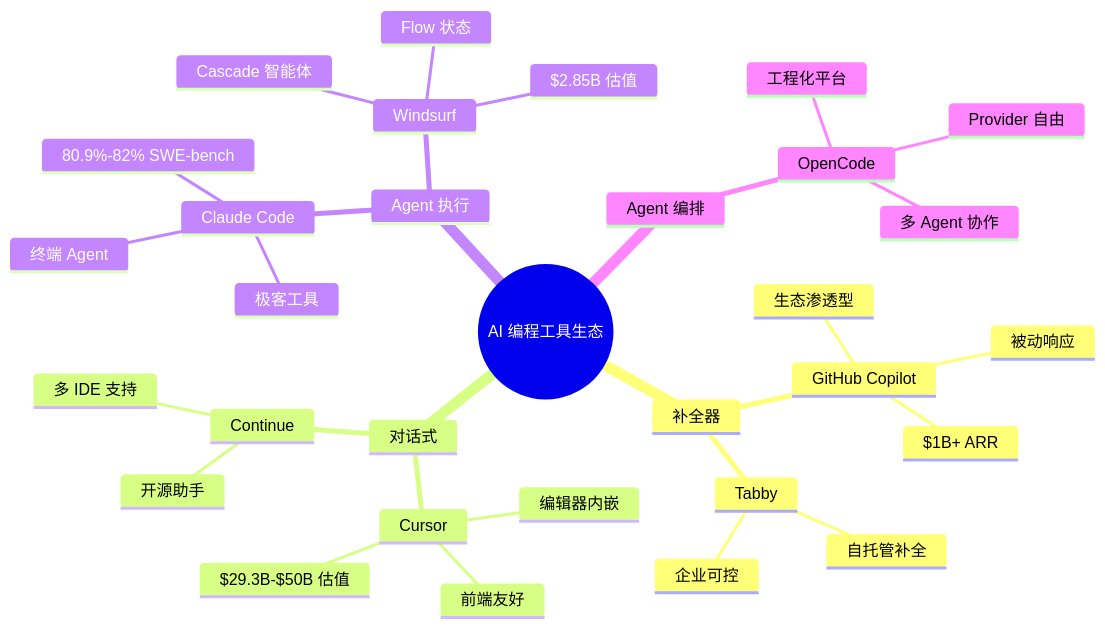
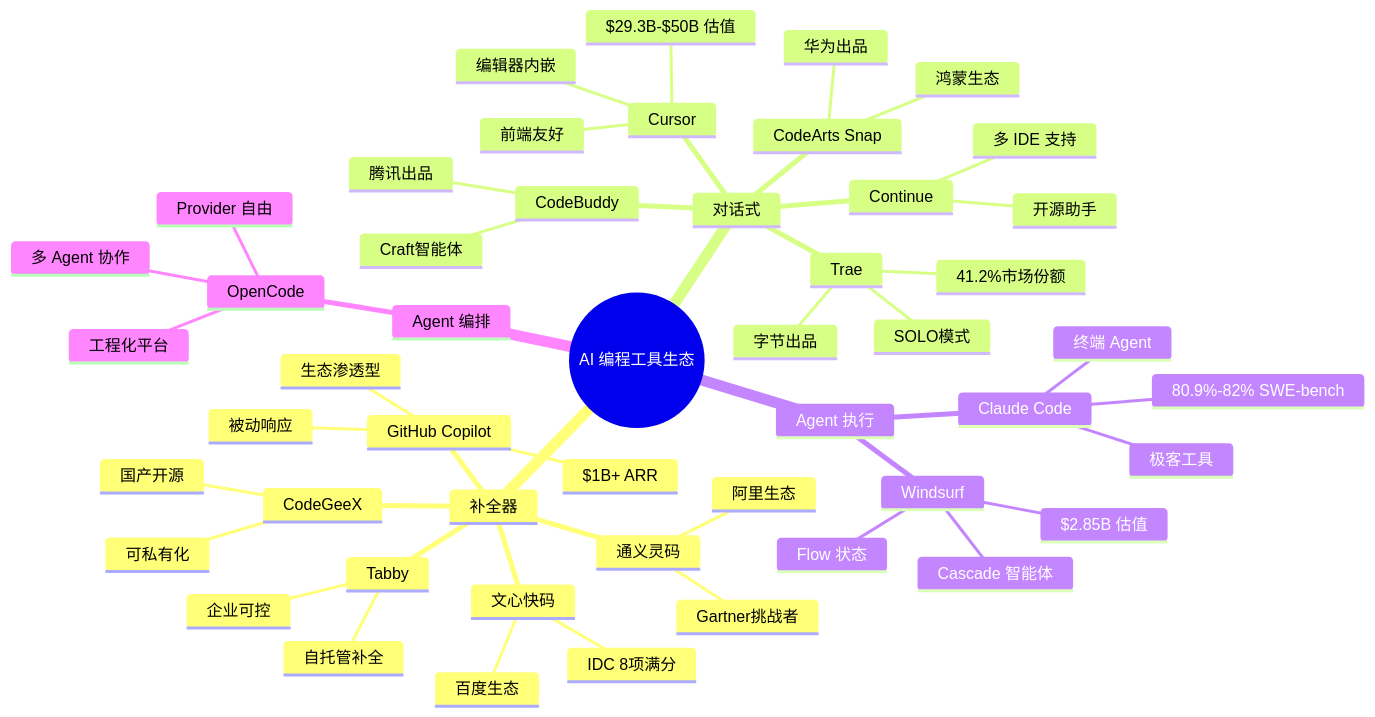
The first of 6 diagrams in src/01-introduction/why-opencode.md (tonydeng/harness-engineering-from-oc-to-ai-coding), drawn with Mermaid before and after one commit. The commit also changed other lines of this file and 41 other files, not shown here.

````diff
--- a/src/01-introduction/why-opencode.md
+++ b/src/01-introduction/why-opencode.md
@@ -80,34 +74,53 @@
 ```mermaid
 mindmap
   root((AI 编程工具生态))
     补全器
       GitHub Copilot
         生态渗透型
         被动响应
         $1B+ ARR
       Tabby
         自托管补全
         企业可控
+      CodeGeeX
+        国产开源
+        可私有化
+      通义灵码
+        阿里生态
+        Gartner挑战者
+      文心快码
+        百度生态
+        IDC 8项满分
     对话式
       Cursor
         编辑器内嵌
         前端友好
         $29.3B-$50B 估值
       Continue
         开源助手
         多 IDE 支持
+      Trae
+        字节出品
+        41.2%市场份额
+        SOLO模式
+      CodeBuddy
+        腾讯出品
+        Craft智能体
+      CodeArts Snap
+        华为出品
+        鸿蒙生态
     Agent 执行
       Claude Code
         终端 Agent
         极客工具
         80.9%-82% SWE-bench
       Windsurf
         Cascade 智能体
         Flow 状态
         $2.85B 估值
     Agent 编排
       OpenCode
         工程化平台
         多 Agent 协作
         Provider 自由
 ```
````
